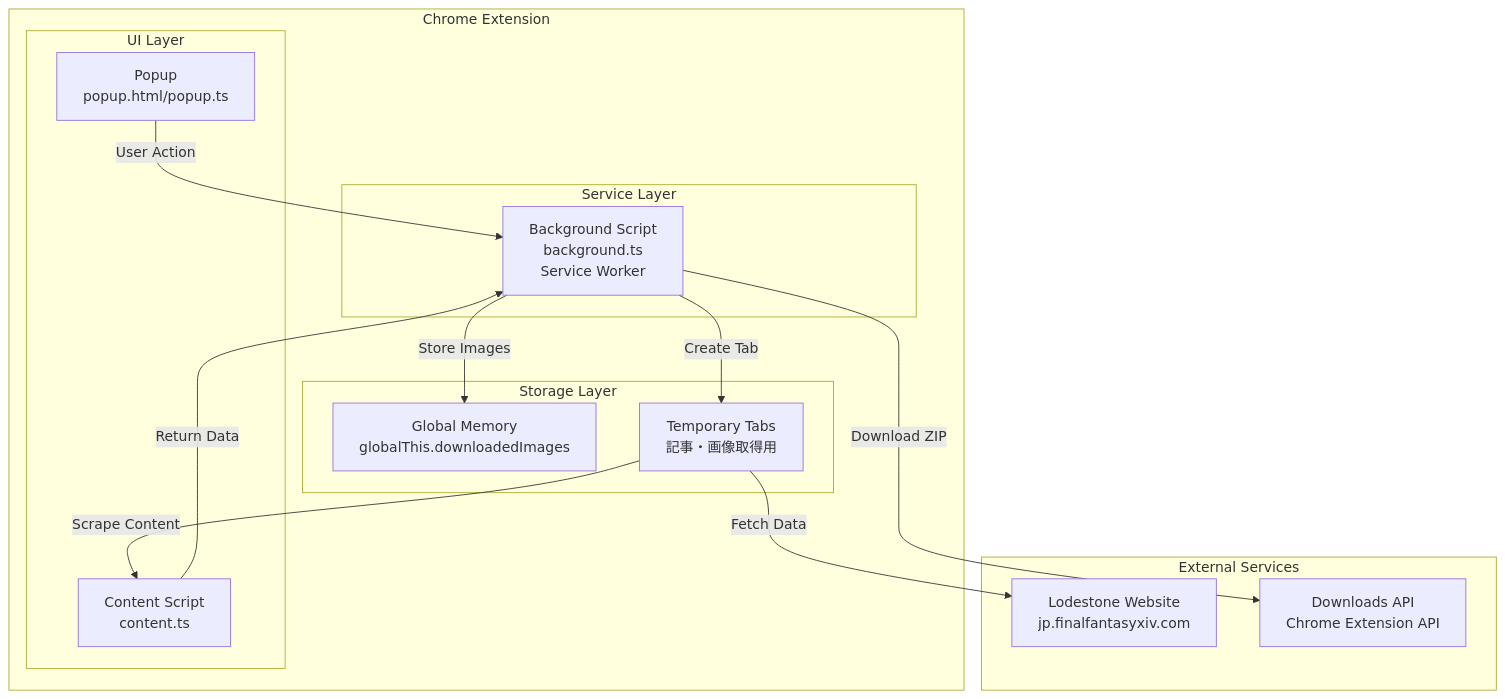
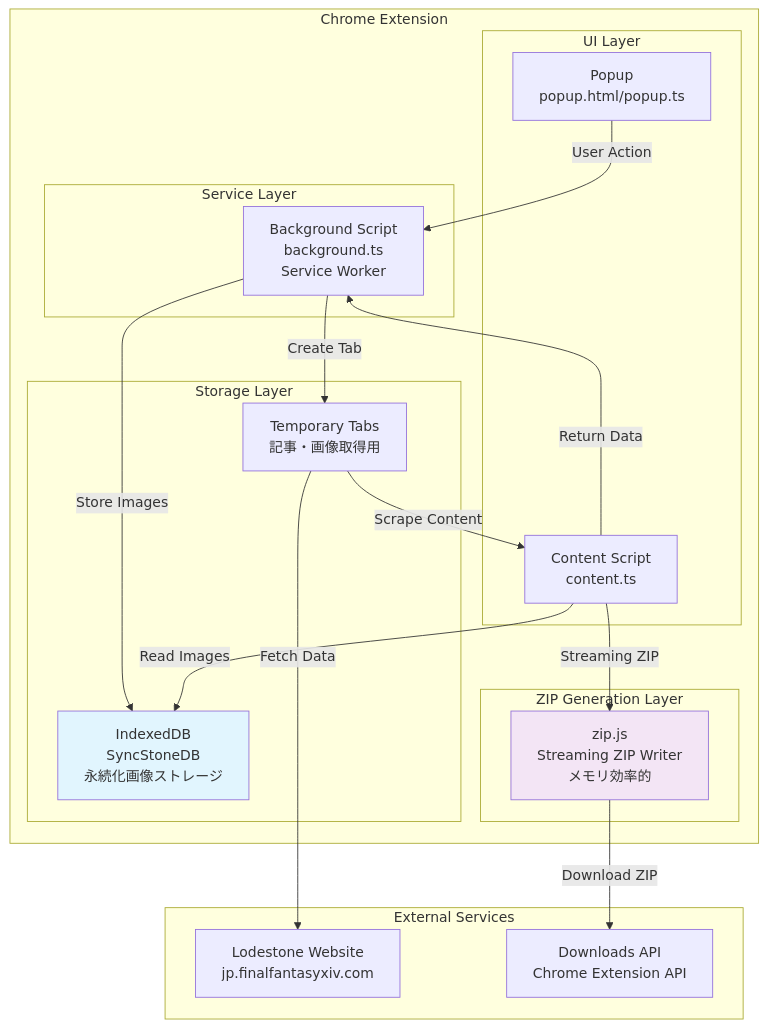
Before and after one commit to kako-jun/sync-stone: the first of 8 diagrams in .claude/design-document.md, drawn with Mermaid. The commit also changed other lines of this file and 1 other file, not shown here.

````diff
--- a/.claude/design-document.md
+++ b/.claude/design-document.md
@@ -9,31 +11,40 @@
 ```mermaid
 graph TB
     subgraph "Chrome Extension"
         subgraph "UI Layer"
             P[Popup<br/>popup.html/popup.ts]
             C[Content Script<br/>content.ts]
         end
         
         subgraph "Service Layer"
             B[Background Script<br/>background.ts<br/>Service Worker]
         end
         
         subgraph "Storage Layer"
-            G[Global Memory<br/>globalThis.downloadedImages]
+            IDB[IndexedDB<br/>SyncStoneDB<br/>永続化画像ストレージ]
             T[Temporary Tabs<br/>記事・画像取得用]
+        end
+        
+        subgraph "ZIP Generation Layer"
+            ZJS[zip.js<br/>Streaming ZIP Writer<br/>メモリ効率的]
         end
     end
     
     subgraph "External Services"
         L[Lodestone Website<br/>jp.finalfantasyxiv.com]
         D[Downloads API<br/>Chrome Extension API]
     end
     
     P -->|User Action| B
     B -->|Create Tab| T
     T -->|Scrape Content| C
     C -->|Return Data| B
-    B -->|Store Images| G
-    B -->|Download ZIP| D
+    B -->|Store Images| IDB
+    C -->|Read Images| IDB
+    C -->|Streaming ZIP| ZJS
+    ZJS -->|Download ZIP| D
     T -->|Fetch Data| L
+    
+    style IDB fill:#e1f5fe
+    style ZJS fill:#f3e5f5
 ```
````
